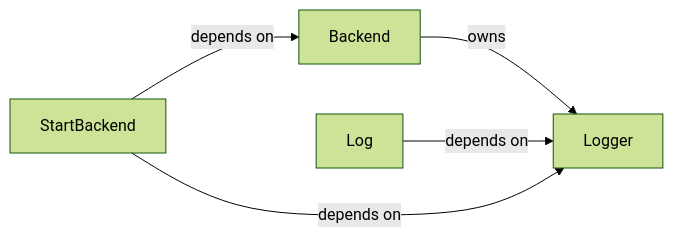
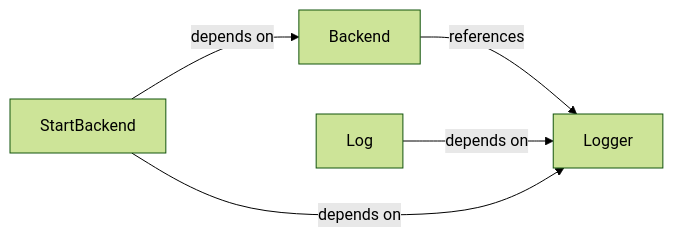
The second of 2 diagrams in examples/tcl/output/tclsample.md (dermrvn-code/doc-lang), drawn with Mermaid (forest theme) before and after one commit. The commit also changed 5 other files, not shown here.

Commit message:
refactor: rename 'owns' in graph to 'references'

````diff
--- a/examples/tcl/output/tclsample.md
+++ b/examples/tcl/output/tclsample.md
@@ -42,13 +42,13 @@
 ```mermaid
 graph LR
 
 logger["Logger"]
 backend["Backend"]
 log["Log"]
 startbackend["StartBackend"]
 
-backend -->|"owns"| logger
+backend -->|"references"| logger
 log -->|"depends on"| logger
 startbackend -->|"depends on"| backend
 startbackend -->|"depends on"| logger
 ```
````
